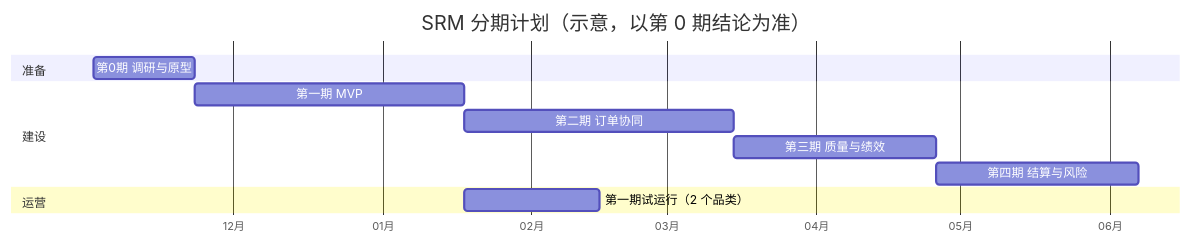
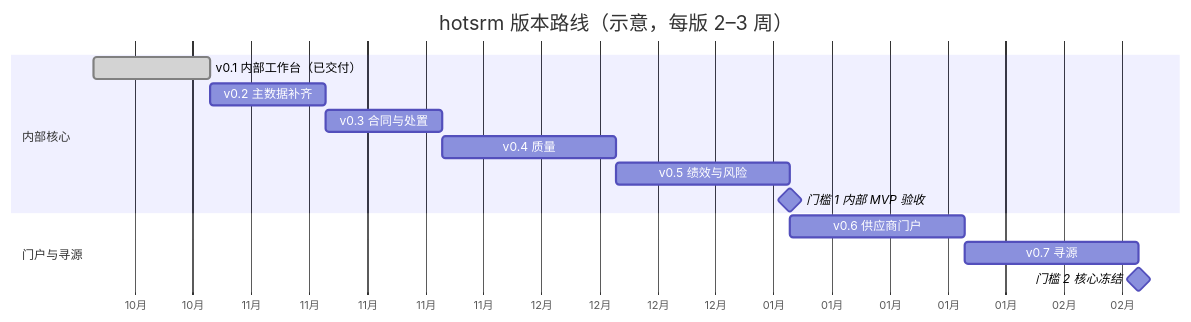
One commit to objectstack-ai/hotsrm changed the diagram in docs/design/07-delivery-plan.md. Above: the diagram before and after it, drawn with Mermaid. The commit also changed other lines of this file and 32 other files, not shown here.

````diff
--- a/docs/design/07-delivery-plan.md
+++ b/docs/design/07-delivery-plan.md
@@ -19,15 +25,17 @@
 ```mermaid
 gantt
-  title SRM 分期计划（示意，以第 0 期结论为准）
+  title hotsrm 版本路线（示意，每版 2–3 周）
   dateFormat YYYY-MM-DD
   axisFormat %m月
-  section 准备
-  第0期 调研与原型        :p0, 2026-11-02, 3w
-  section 建设
-  第一期 MVP              :p1, after p0, 8w
-  第二期 订单协同          :p2, after p1, 8w
-  第三期 质量与绩效        :p3, after p2, 6w
-  第四期 结算与风险        :p4, after p3, 6w
-  section 运营
-  第一期试运行（2 个品类）  :after p1, 4w
+  section 内部核心
+  v0.1 内部工作台（已交付）   :done, v1, 2026-10-13, 2w
+  v0.2 主数据补齐            :v2, after v1, 2w
+  v0.3 合同与处置            :v3, after v2, 2w
+  v0.4 质量                  :v4, after v3, 3w
+  v0.5 绩效与风险            :v5, after v4, 3w
+  门槛 1 内部 MVP 验收        :milestone, g1, after v5, 0d
+  section 门户与寻源
+  v0.6 供应商门户            :v6, after g1, 3w
+  v0.7 寻源                  :v7, after v6, 3w
+  门槛 2 核心冻结             :milestone, g2, after v7, 0d
 ```
````
